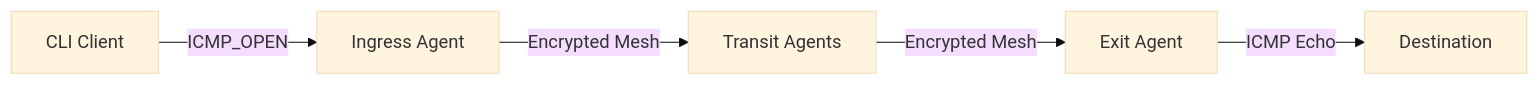
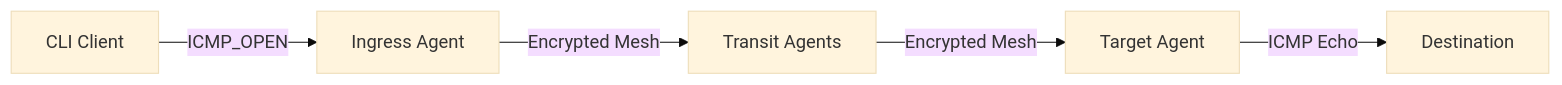
Before and after one commit to postalsys/Muti-Metroo: the diagram in docs/docs/features/icmp-relay.md, drawn with Mermaid (base theme). The commit also changed other lines of this file and 9 other files, not shown here.

````diff
--- a/docs/docs/features/icmp-relay.md
+++ b/docs/docs/features/icmp-relay.md
@@ -29,7 +29,7 @@
 ```mermaid
 flowchart LR
     A[CLI Client] -->|ICMP_OPEN| B[Ingress Agent]
     B -->|Encrypted Mesh| C[Transit Agents]
-    C -->|Encrypted Mesh| D[Exit Agent]
+    C -->|Encrypted Mesh| D[Target Agent]
     D -->|ICMP Echo| E[Destination]
 ```
````
